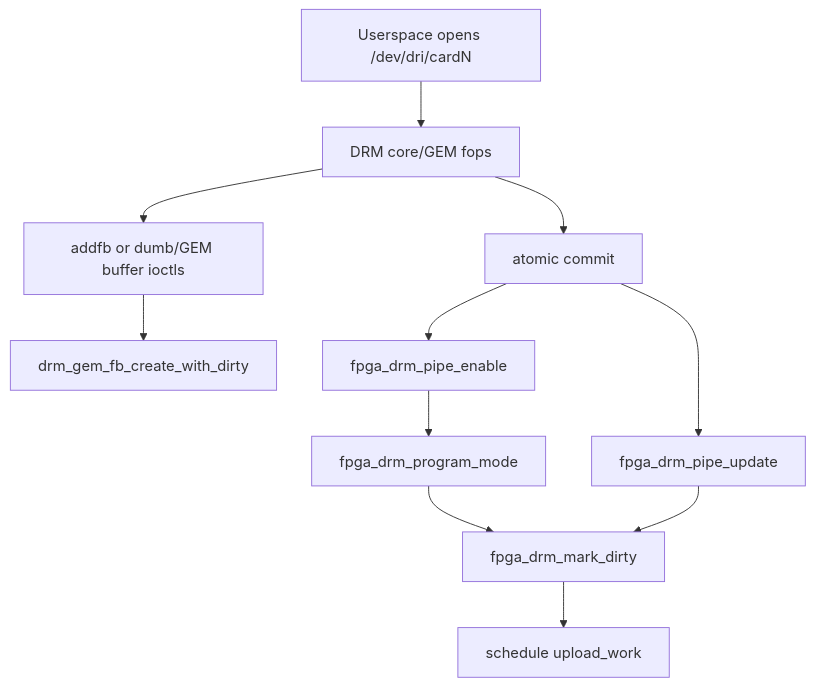
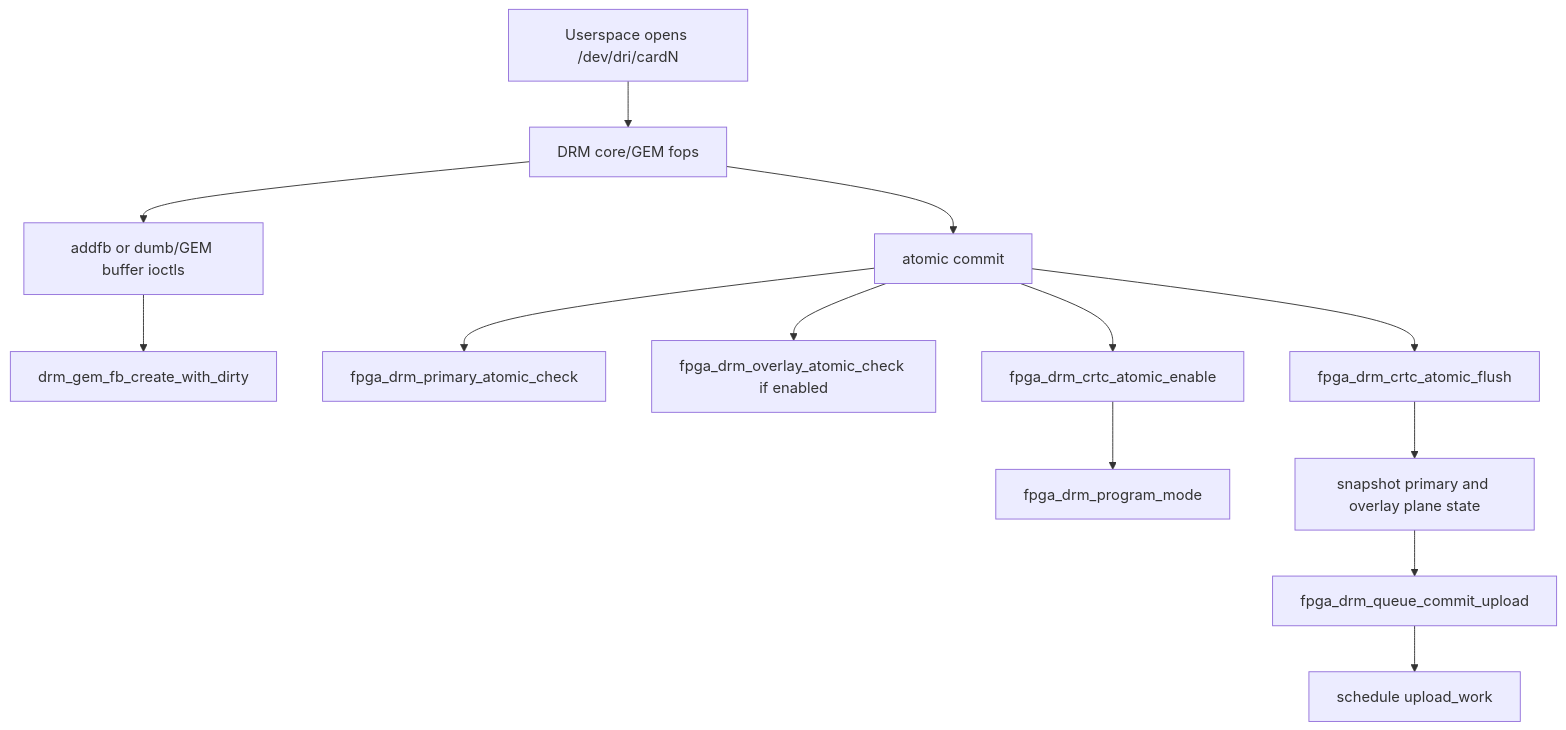
The second of 6 diagrams in doc/Linux_DRM_Driver_AI_GEN_documents/call_graph.md (alpkoyun/Simple-Display-Controller), drawn with Mermaid before and after one commit. The commit also changed other lines of this file and 15 other files, not shown here.

Commit message:
changed the kms mechanism to have plane crtc etc different object insteaf of simple pipe

````diff
--- a/doc/Linux_DRM_Driver_AI_GEN_documents/call_graph.md
+++ b/doc/Linux_DRM_Driver_AI_GEN_documents/call_graph.md
@@ -45,13 +50,15 @@
 ```mermaid
 flowchart TD
     App[Userspace opens /dev/dri/cardN] --> Core[DRM core/GEM fops]
     Core --> AddFB[addfb or dumb/GEM buffer ioctls]
     AddFB --> FBCreate[drm_gem_fb_create_with_dirty]
     Core --> Commit[atomic commit]
-    Commit --> Enable[fpga_drm_pipe_enable]
-    Commit --> Update[fpga_drm_pipe_update]
+    Commit --> CheckP[fpga_drm_primary_atomic_check]
+    Commit --> CheckO[fpga_drm_overlay_atomic_check if enabled]
+    Commit --> Enable[fpga_drm_crtc_atomic_enable]
+    Commit --> Flush[fpga_drm_crtc_atomic_flush]
     Enable --> Mode[fpga_drm_program_mode]
-    Mode --> Mark[fpga_drm_mark_dirty]
-    Update --> Mark
-    Mark --> Schedule[schedule upload_work]
+    Flush --> Snap[snapshot primary and overlay plane state]
+    Snap --> Queue[fpga_drm_queue_commit_upload]
+    Queue --> Schedule[schedule upload_work]
 ```
````
